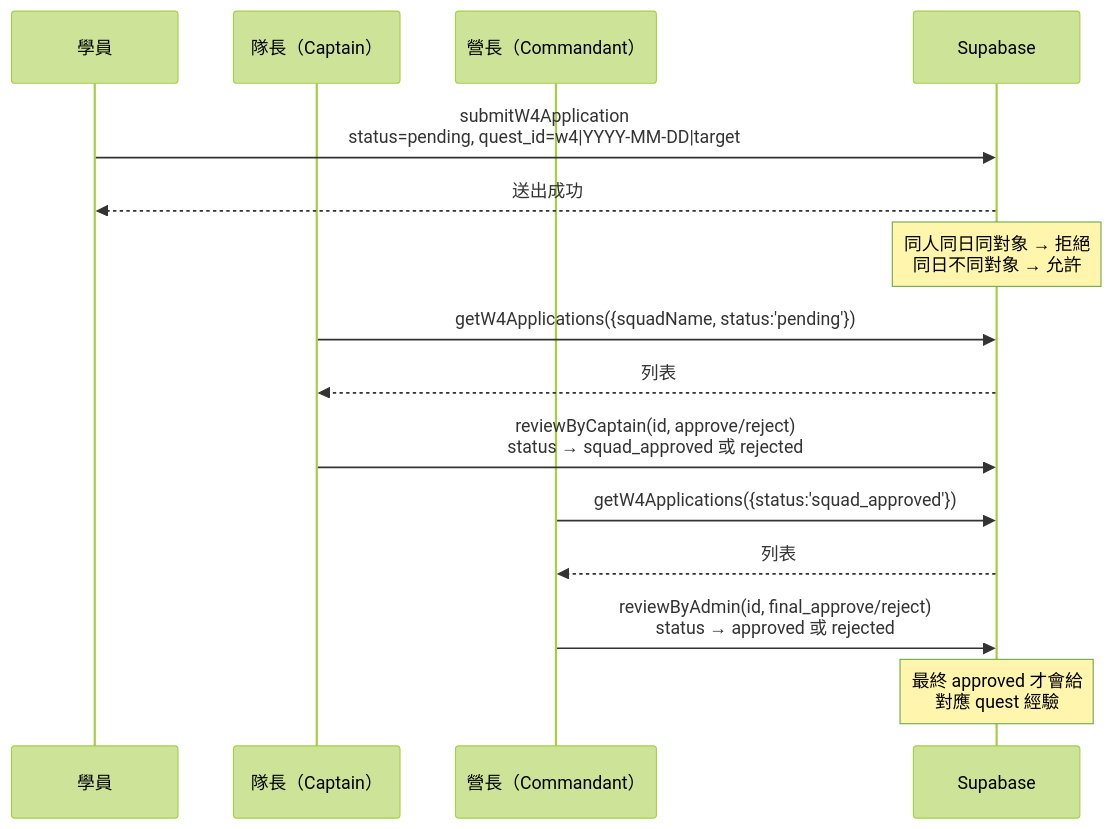
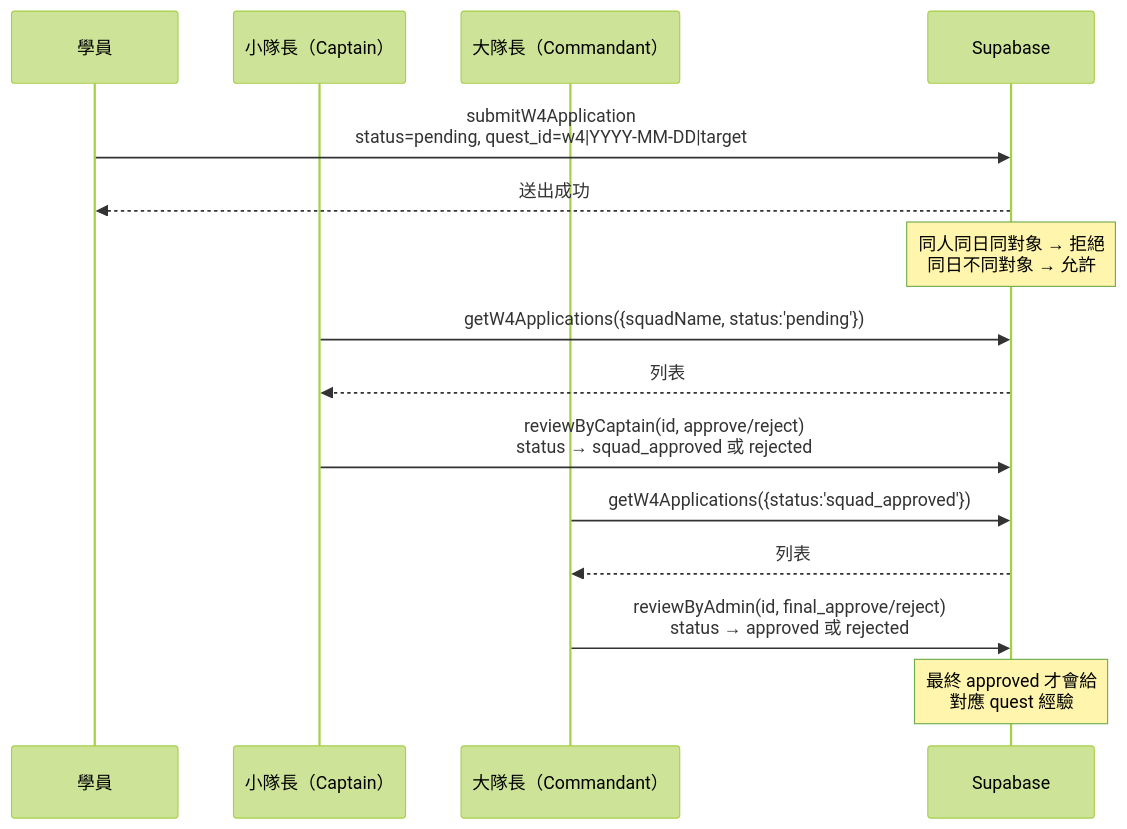
The ninth of 21 diagrams in docs/ARCHITECTURE.md (Archie-design/Starry-Westward-Journey), drawn with Mermaid (forest theme) before and after one commit. The commit also changed other lines of this file and 14 other files, not shown here.

````diff
--- a/docs/ARCHITECTURE.md
+++ b/docs/ARCHITECTURE.md
@@ -452,18 +452,18 @@
 ```mermaid
 sequenceDiagram
     participant M as 學員
-    participant C as 隊長（Captain）
-    participant A as 營長（Commandant）
+    participant C as 小隊長（Captain）
+    participant A as 大隊長（Commandant）
     participant DB as Supabase
 
     M->>DB: submitW4Application<br/>status=pending, quest_id=w4|YYYY-MM-DD|target
     DB-->>M: 送出成功
     Note over DB: 同人同日同對象 → 拒絕<br/>同日不同對象 → 允許
     C->>DB: getW4Applications({squadName, status:'pending'})
     DB-->>C: 列表
     C->>DB: reviewByCaptain(id, approve/reject)<br/>status → squad_approved 或 rejected
     A->>DB: getW4Applications({status:'squad_approved'})
     DB-->>A: 列表
     A->>DB: reviewByAdmin(id, final_approve/reject)<br/>status → approved 或 rejected
     Note over DB: 最終 approved 才會給<br/>對應 quest 經驗
 ```
````
